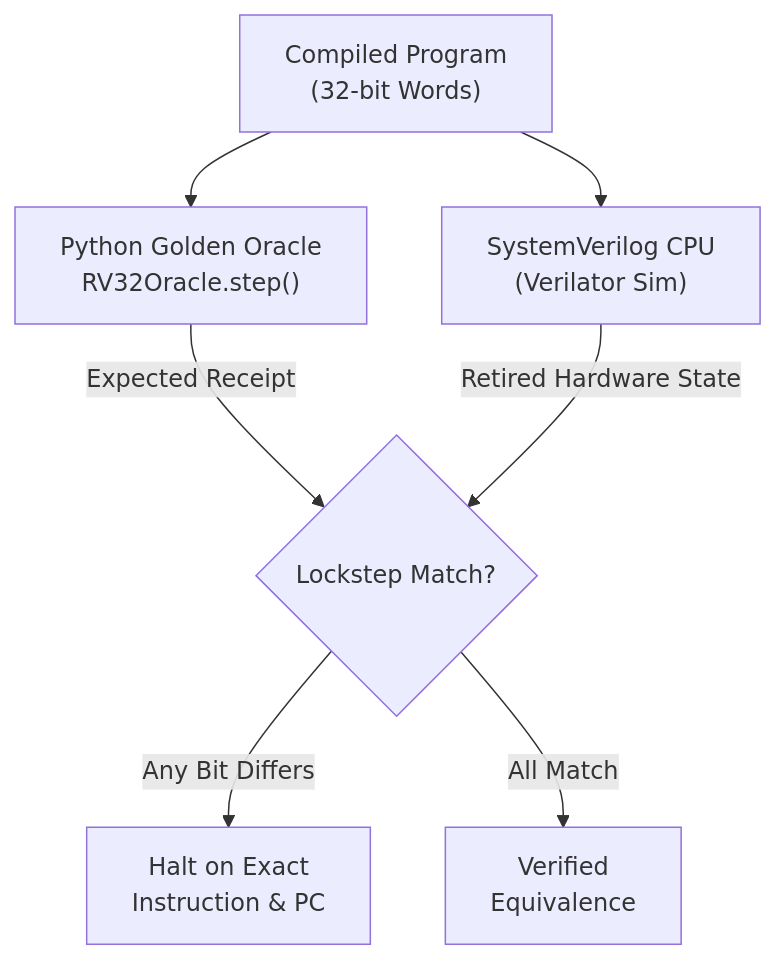
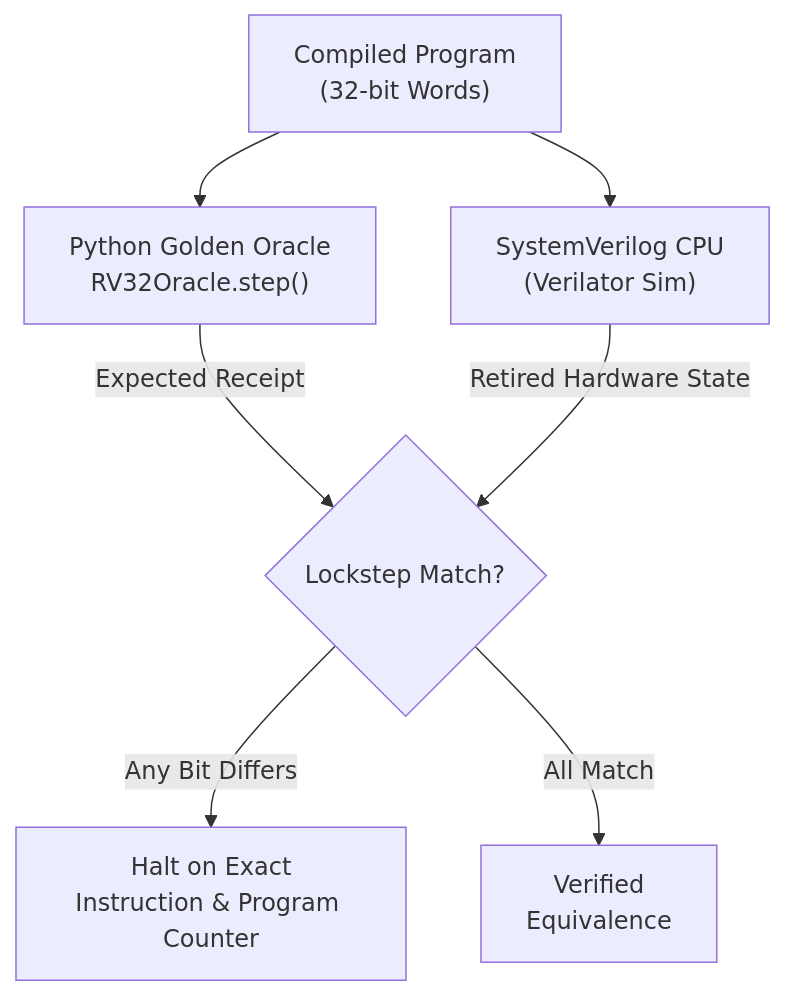
One commit to Ethanex8/apex changed the first of 3 diagrams in systems/brain/chapters/01_isa_and_binary_arithmetic.md. Above: the diagram before and after it, drawn with Mermaid. The commit also changed other lines of this file and 26 other files, not shown here.

````diff
--- a/systems/brain/chapters/01_isa_and_binary_arithmetic.md
+++ b/systems/brain/chapters/01_isa_and_binary_arithmetic.md
@@ -17,10 +17,10 @@
 ```mermaid
 flowchart TD
     PROG["Compiled Program<br/>(32-bit Words)"]
     PROG --> ORACLE["Python Golden Oracle<br/>RV32Oracle.step()"]
     PROG --> RTL["SystemVerilog CPU<br/>(Verilator Sim)"]
     ORACLE -->|"Expected Receipt"| CMP{"Lockstep Match?"}
     RTL -->|"Retired Hardware State"| CMP
-    CMP -->|"Any Bit Differs"| BUG["Halt on Exact<br/>Instruction & PC"]
+    CMP -->|"Any Bit Differs"| BUG["Halt on Exact<br/>Instruction & Program Counter"]
     CMP -->|"All Match"| PASS["Verified<br/>Equivalence"]
 ```
````
